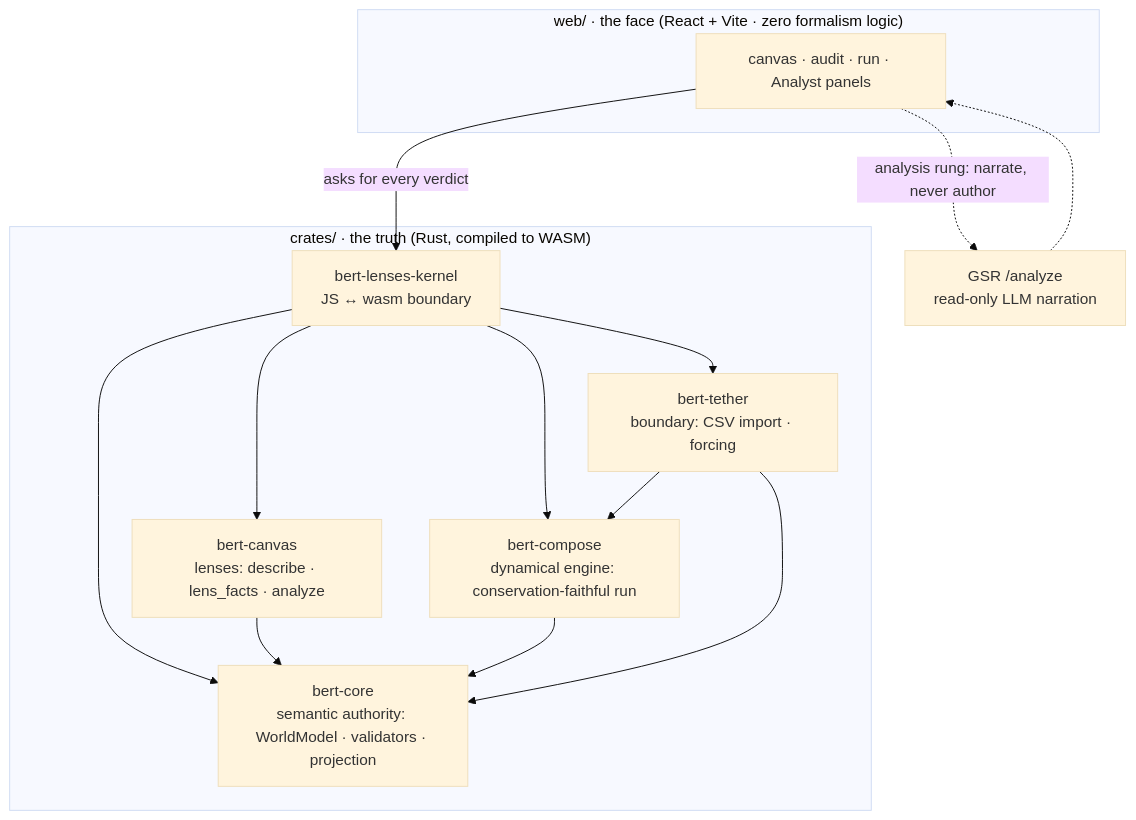
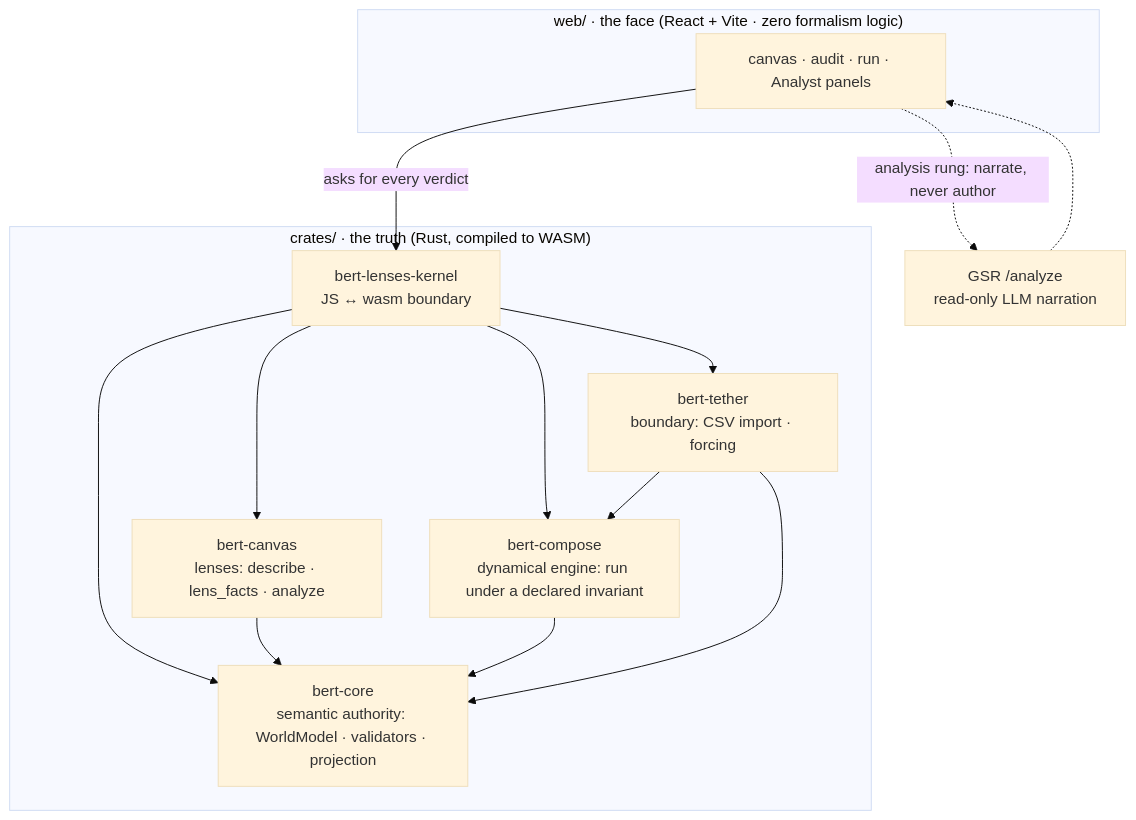
One commit to halcyonic-systems/facets changed the diagram in README.md. Above: the diagram before and after it, drawn with Mermaid (base theme). The commit also changed other lines of this file and 12 other files, not shown here.

````diff
--- a/README.md
+++ b/README.md
@@ -96,21 +117,21 @@
 ```mermaid
 flowchart TB
     subgraph FACE["web/ · the face (React + Vite · zero formalism logic)"]
         UI["canvas · audit · run · Analyst panels"]
     end
     subgraph TRUTH["crates/ · the truth (Rust, compiled to WASM)"]
         KERNEL["bert-lenses-kernel<br/>JS ↔ wasm boundary"]
         CANVAS["bert-canvas<br/>lenses: describe · lens_facts · analyze"]
-        COMPOSE["bert-compose<br/>dynamical engine: conservation-faithful run"]
+        COMPOSE["bert-compose<br/>dynamical engine: run under a declared invariant"]
         TETHER["bert-tether<br/>boundary: CSV import · forcing"]
         CORE["bert-core<br/>semantic authority: WorldModel · validators · projection"]
     end
     GSR["GSR /analyze<br/>read-only LLM narration"]
     UI -->|asks for every verdict| KERNEL
     KERNEL --> CANVAS & COMPOSE & TETHER & CORE
     CANVAS --> CORE
     COMPOSE --> CORE
     TETHER --> COMPOSE & CORE
     UI -.->|analysis rung: narrate, never author| GSR
     GSR -.-> UI
 ```
````
